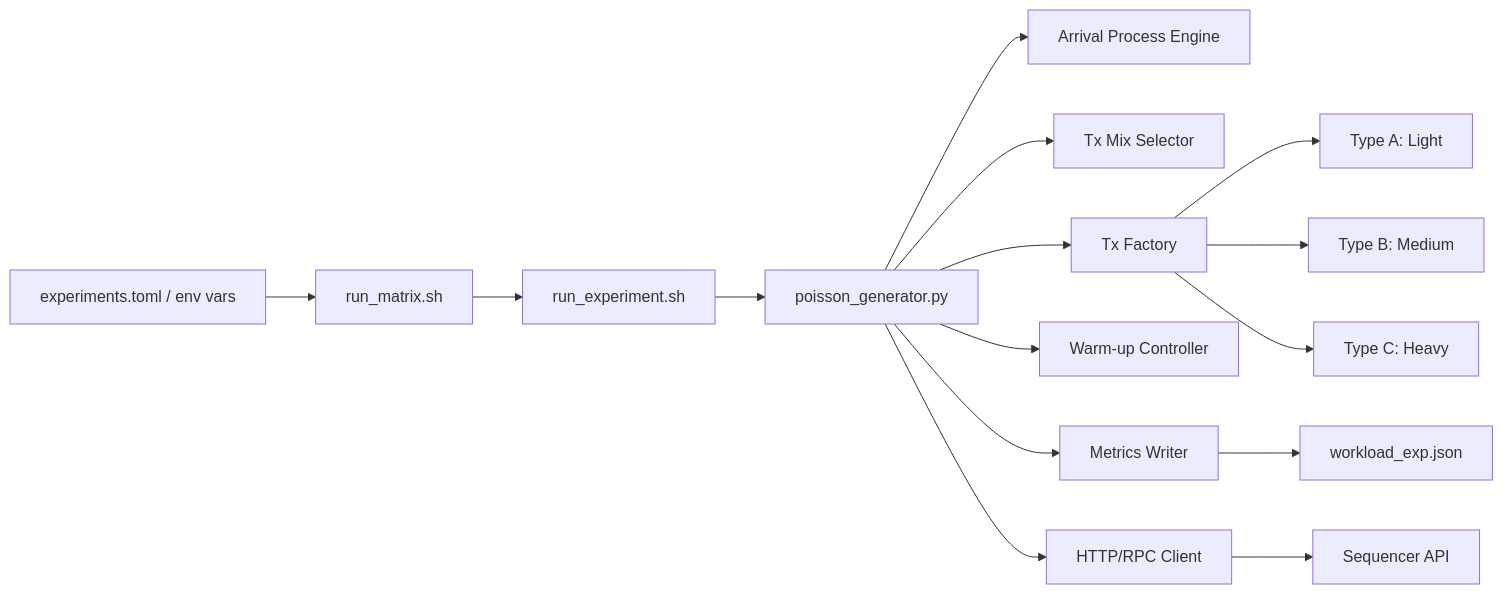
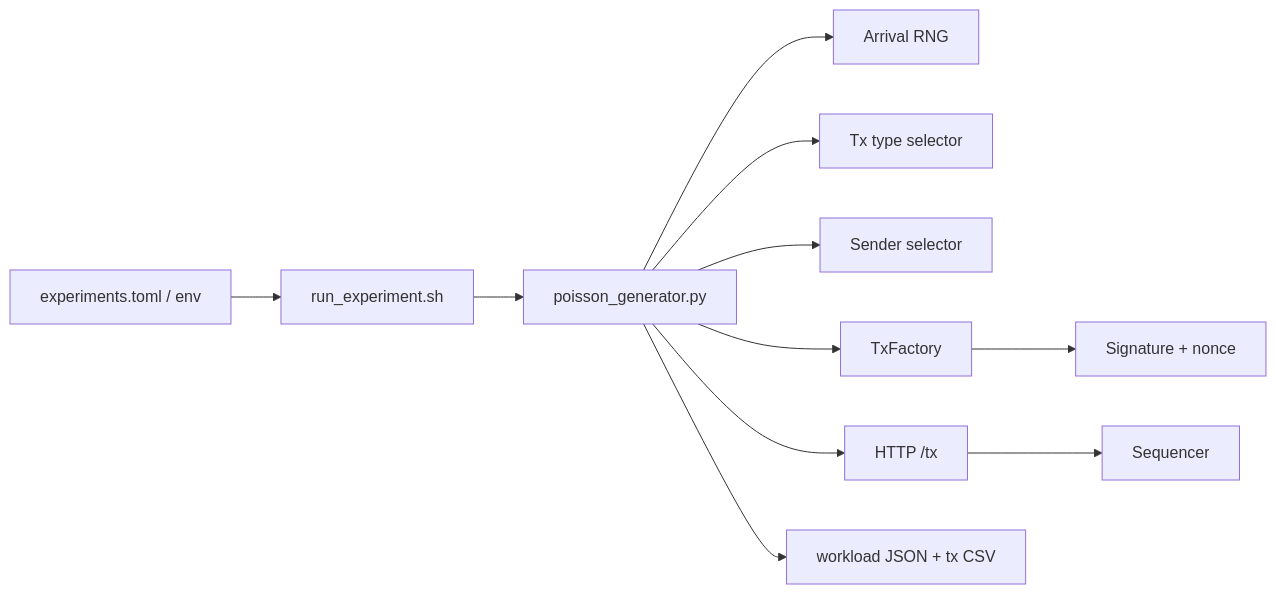
Before and after one commit to RollupX-FYP/rollupx-full-zk-rollup: the diagram in docs/workload-generator.md, drawn with Mermaid. The commit also changed other lines of this file and 8 other files, not shown here.

````diff
--- a/docs/workload-generator.md
+++ b/docs/workload-generator.md
@@ -9,21 +7,13 @@
 ```mermaid
 flowchart LR
-    A[experiments.toml / env vars] --> B[run_matrix.sh]
-    B --> C[run_experiment.sh]
-    C --> D[poisson_generator.py]
-
-    D --> E[Arrival Process Engine]
-    D --> F[Tx Mix Selector]
-    D --> G[Tx Factory]
-    D --> H[Warm-up Controller]
-    D --> I[Metrics Writer]
-
-    G --> J[Type A: Light]
-    G --> K[Type B: Medium]
-    G --> L[Type C: Heavy]
-
-    D --> M[HTTP/RPC Client]
-    M --> N[Sequencer API]
-
-    I --> O[workload_exp.json]
+    CFG[experiments.toml / env] --> RUN[run_experiment.sh]
+    RUN --> GEN[poisson_generator.py]
+    GEN --> ARR[Arrival RNG]
+    GEN --> MIX[Tx type selector]
+    GEN --> SEND[Sender selector]
+    GEN --> FACT[TxFactory]
+    FACT --> SIGN[Signature + nonce]
+    GEN --> HTTP[HTTP /tx]
+    HTTP --> SEQ[Sequencer]
+    GEN --> MET[workload JSON + tx CSV]
 ```
````
